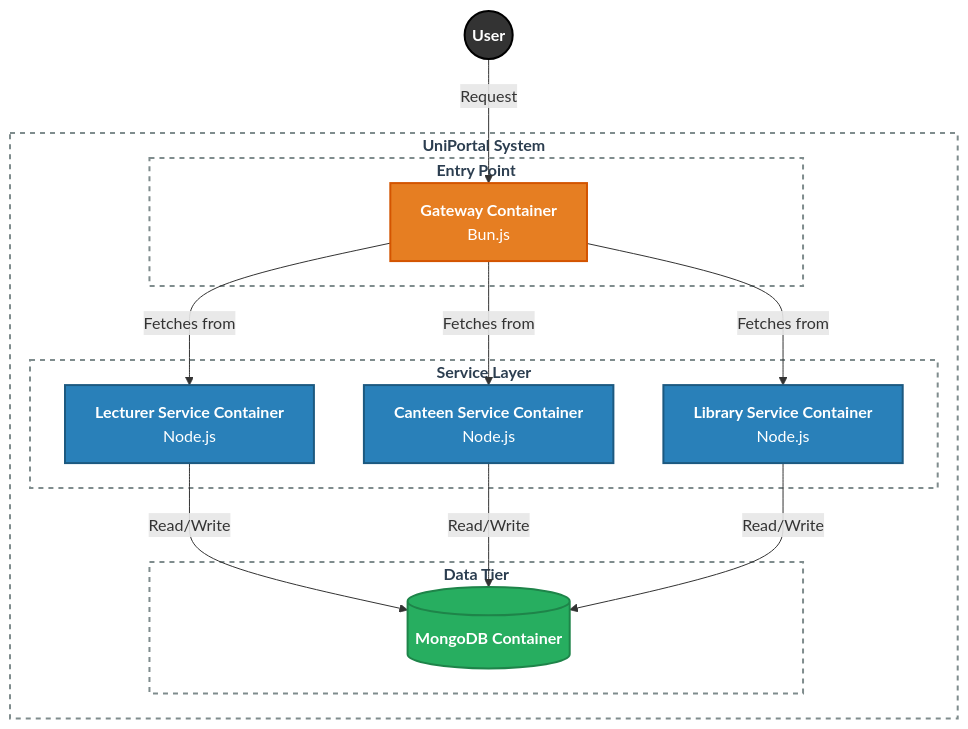
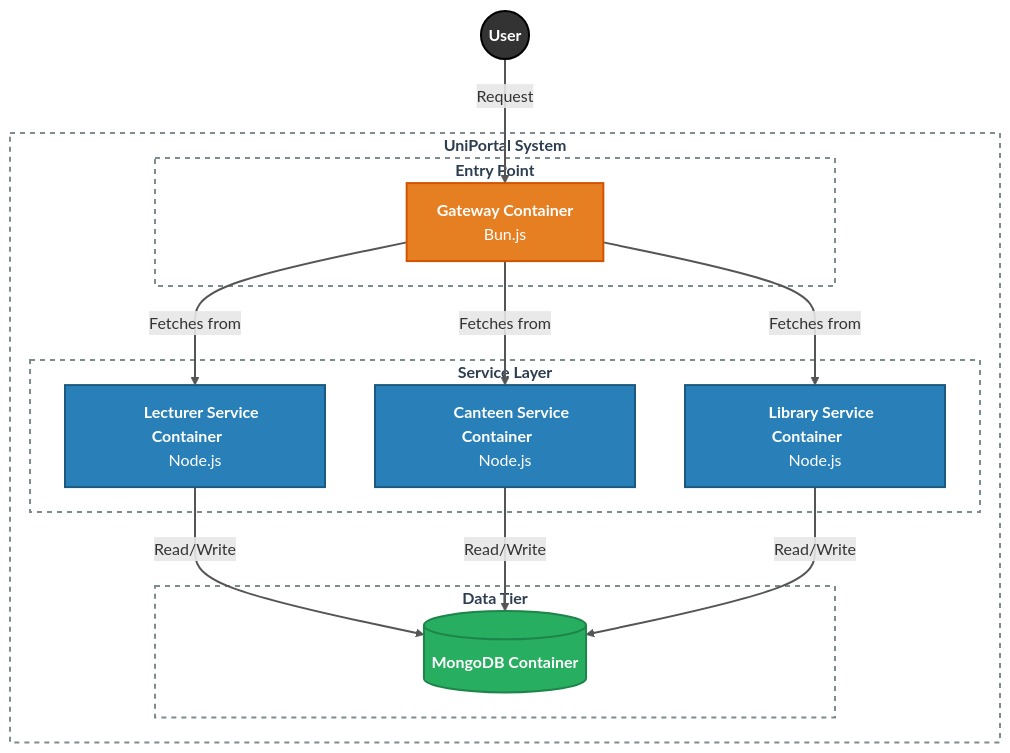
Before and after one commit to thaminuZs/uni-portal-microservices: the diagram in README.md, drawn with Mermaid.

Commit message:
md update 10

````diff
--- a/README.md
+++ b/README.md
@@ -3,45 +3,49 @@
 ```mermaid
 graph TD
-    %% Class Definitions for GitHub Visibility
+    %% Class Definitions
     classDef userStyle fill:#333,stroke:#000,stroke-width:2px,color:#fff;
     classDef gatewayStyle fill:#E67E22,stroke:#D35400,stroke-width:2px,color:#fff;
     classDef serviceStyle fill:#2980B9,stroke:#1C5980,stroke-width:2px,color:#fff;
     classDef dbStyle fill:#27AE60,stroke:#1E8449,stroke-width:2px,color:#fff;
     classDef boundaryStyle fill:#ffffff,stroke:#7F8C8D,stroke-width:2px,stroke-dasharray: 5 5,color:#2C3E50;
 
     %% External User
     User((<b>User</b>)):::userStyle
 
     subgraph SystemBoundary ["<b>UniPortal System</b>"]
         
         subgraph Layer1 ["<b>Entry Point</b>"]
             Gateway["<b>Gateway Container</b><br>Bun.js"]:::gatewayStyle
         end
 
         subgraph Layer2 ["<b>Service Layer</b>"]
-            Lecturer["<b>Lecturer Service Container</b><br>Node.js"]:::serviceStyle
-            Canteen["<b>Canteen Service Container</b><br>Node.js"]:::serviceStyle
-            Library["<b>Library Service Container</b><br>Node.js"]:::serviceStyle
+            %% Padded with &nbsp; to ensure uniform box sizing
+            Lecturer["&nbsp;&nbsp;&nbsp;&nbsp;<b>Lecturer Service Container</b>&nbsp;&nbsp;&nbsp;&nbsp;<br>Node.js"]:::serviceStyle
+            Canteen["&nbsp;&nbsp;&nbsp;&nbsp;<b>Canteen Service Container</b>&nbsp;&nbsp;&nbsp;&nbsp;<br>Node.js"]:::serviceStyle
+            Library["&nbsp;&nbsp;&nbsp;&nbsp;<b>Library Service Container</b>&nbsp;&nbsp;&nbsp;&nbsp;<br>Node.js"]:::serviceStyle
         end
 
         subgraph Layer3 ["<b>Data Tier</b>"]
             DB[("<b>MongoDB Container</b>")]:::dbStyle
         end
     end
 
     %% Communication Flow
     User -- "Request" --> Gateway
     
-    %% Gateway fetching from services
     Gateway -- "Fetches from" --> Lecturer
     Gateway -- "Fetches from" --> Canteen
     Gateway -- "Fetches from" --> Library
 
-    %% Services accessing the Database
     Lecturer -- "Read/Write" --> DB
     Canteen -- "Read/Write" --> DB
     Library -- "Read/Write" --> DB
 
     %% Apply Style to Boundaries
     class SystemBoundary,Layer1,Layer2,Layer3 boundaryStyle
+
+    %% FORCING ARROW VISIBILITY:
+    %% This styles all lines to be thicker and dark gray/black to stand out against white backgrounds
+    %% and remain visible on GitHub's dark mode.
+    linkStyle default stroke:#555,stroke-width:2px;
 ```
````
